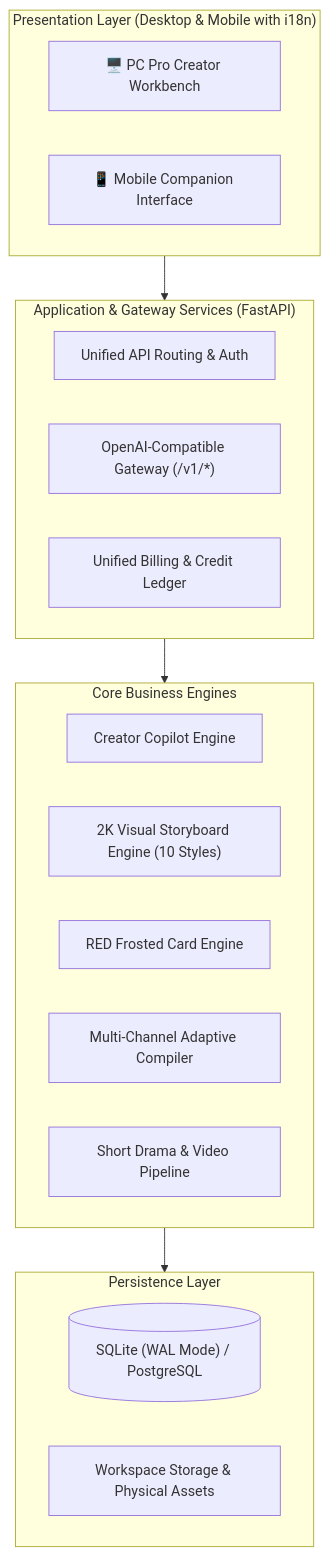
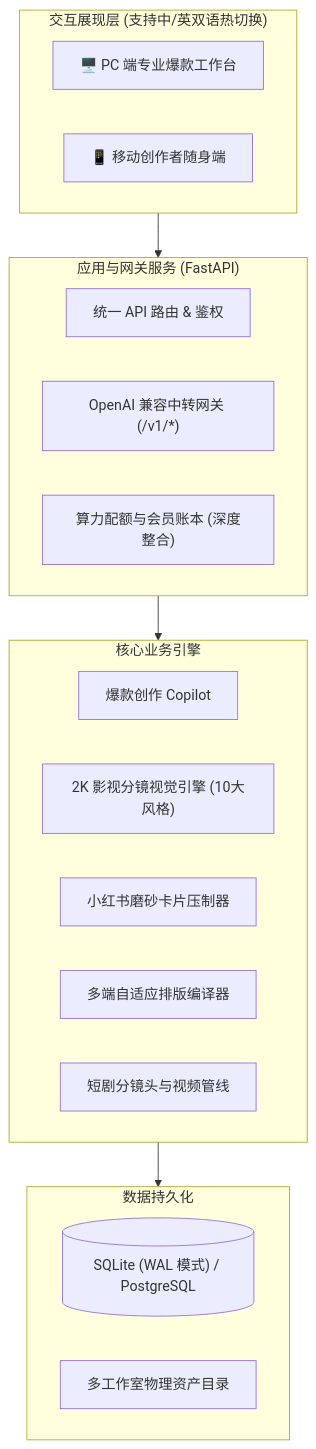
The diagram in README.md (yimuhub/yimu-baokuanstudio), drawn with Mermaid before and after one commit. The commit also changed other lines of this file and 4 other files, not shown here.

````diff
--- a/README.md
+++ b/README.md
@@ -106,30 +95,30 @@
 ```mermaid
 flowchart TD
-    subgraph UI["Presentation Layer (Desktop & Mobile with i18n)"]
-        WebPC["🖥️ PC Pro Creator Workbench"]
-        WebMobile["📱 Mobile Companion Interface"]
+    subgraph UI["交互展现层 (支持中/英双语热切换)"]
+        WebPC["🖥️ PC 端专业爆款工作台"]
+        WebMobile["📱 移动创作者随身端"]
     end
 
-    subgraph Service["Application & Gateway Services (FastAPI)"]
-        Router["Unified API Routing & Auth"]
-        GWRouter["OpenAI-Compatible Gateway (/v1/*)"]
-        Quota["Unified Billing & Credit Ledger"]
+    subgraph Service["应用与网关服务 (FastAPI)"]
+        Router["统一 API 路由 & 鉴权"]
+        GWRouter["OpenAI 兼容中转网关 (/v1/*)"]
+        Quota["算力配额与会员账本 (深度整合)"]
     end
 
-    subgraph Core["Core Business Engines"]
-        CopilotCore["Creator Copilot Engine"]
-        VisualCore["2K Visual Storyboard Engine (10 Styles)"]
-        CardCore["RED Frosted Card Engine"]
-        LayoutCore["Multi-Channel Adaptive Compiler"]
-        VideoCore["Short Drama & Video Pipeline"]
+    subgraph Core["核心业务引擎"]
+        CopilotCore["爆款创作 Copilot"]
+        VisualCore["2K 影视分镜视觉引擎 (10大风格)"]
+        CardCore["小红书磨砂卡片压制器"]
+        LayoutCore["多端自适应排版编译器"]
+        VideoCore["短剧分镜头与视频管线"]
     end
 
-    subgraph Storage["Persistence Layer"]
-        DB[("SQLite (WAL Mode) / PostgreSQL")]
-        WorkspaceDir["Workspace Storage & Physical Assets"]
+    subgraph Storage["数据持久化"]
+        DB[("SQLite (WAL 模式) / PostgreSQL")]
+        WorkspaceDir["多工作室物理资产目录"]
     end
 
     UI --> Service
     Service --> Core
     Core --> Storage
 ```
````
